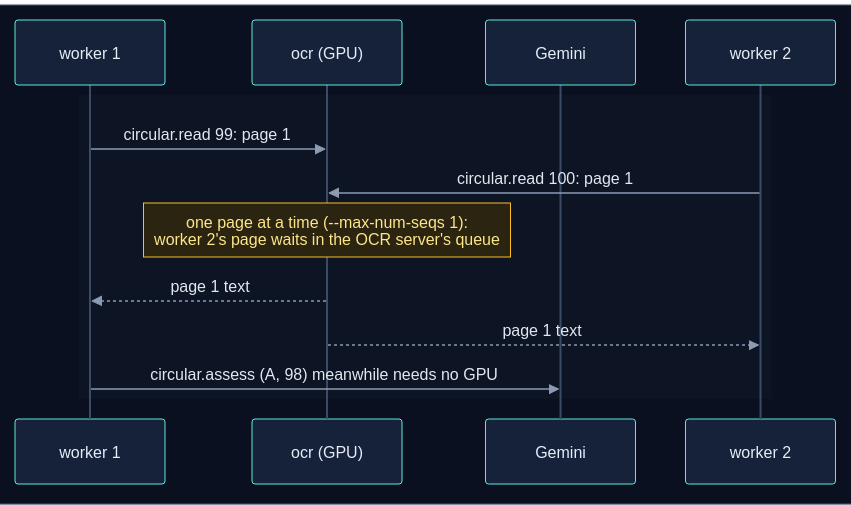
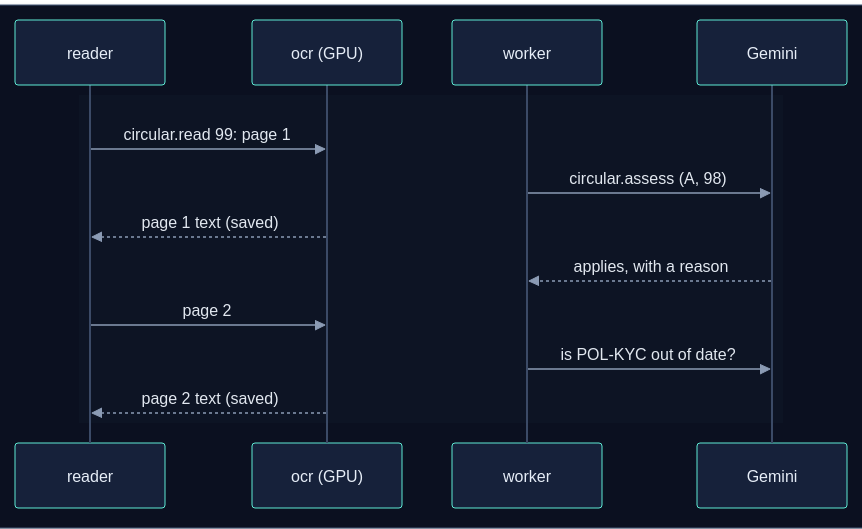
Before and after one commit to selvakumarperumal/Regulatory_Circular_Impact_Agent: diagram 20 of 21 in how_the_worker_works.md, drawn with Mermaid. The commit also changed other lines of this file and 6 other files, not shown here.

Commit message:
Run exactly one reader so no PDF is read twice, and document the checks

````diff
--- a/how_the_worker_works.md
+++ b/how_the_worker_works.md
@@ -1138,19 +1201,20 @@
 ```mermaid
 %%{init: {"theme": "base", "sequence": {"diagramMarginX": 0, "diagramMarginY": 0}, "themeVariables": {"darkMode": true, "primaryColor": "#16213a", "primaryTextColor": "#e6edf7", "primaryBorderColor": "#475a7a", "lineColor": "#8b9bb4", "secondaryColor": "#1b2436", "tertiaryColor": "#101a2e", "edgeLabelBackground": "#0f172a", "textColor": "#e2e8f0", "actorBkg": "#16213a", "actorBorder": "#5eead4", "actorTextColor": "#e6edf7", "actorLineColor": "#3b4a66", "signalColor": "#8b9bb4", "signalTextColor": "#e2e8f0", "noteBkgColor": "#2a2410", "noteBorderColor": "#fbbf24", "noteTextColor": "#fde68a", "labelBoxBkgColor": "#1e293b", "labelBoxBorderColor": "#64748b", "labelTextColor": "#e2e8f0", "loopTextColor": "#c4b5fd", "sequenceNumberColor": "#0b1020", "activationBkgColor": "#1e293b"}}}%%
 sequenceDiagram
     box rgb(11, 16, 32)
-        participant K1 as worker 1
+        participant R as reader
         participant O as ocr (GPU)
+        participant K as worker
         participant G as Gemini
-        participant K2 as worker 2
     end
 
     rect rgb(13, 20, 36)
-        K1->>O: circular.read 99: page 1
-        K2->>O: circular.read 100: page 1
-        Note over O: one page at a time (--max-num-seqs 1):<br/>worker 2's page waits in the OCR server's queue
-        O-->>K1: page 1 text
-        O-->>K2: page 1 text
-        K1->>G: circular.assess (A, 98) meanwhile needs no GPU
+        R->>O: circular.read 99: page 1
+        K->>G: circular.assess (A, 98)
+        O-->>R: page 1 text (saved)
+        G-->>K: applies, with a reason
+        R->>O: page 2
+        K->>G: is POL-KYC out of date?
+        O-->>R: page 2 text (saved)
     end
 ```
````
